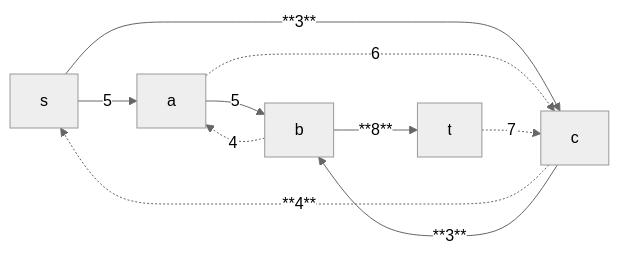
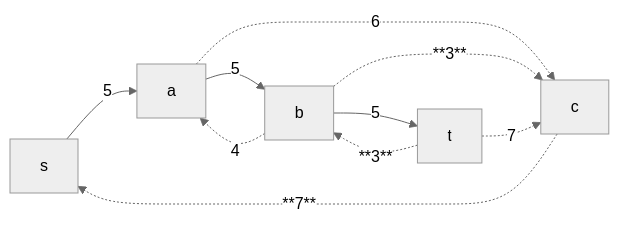
Before and after one commit to hse-algo-24-owl/manual-tasks-owl: the eighth of 13 diagrams in task-9/mikhailkrug.md, drawn with Mermaid (neutral theme). The commit also changed other lines of this file, not shown here.

````diff
--- a/task-9/mikhailkrug.md
+++ b/task-9/mikhailkrug.md
@@ -116,12 +116,12 @@
 ```mermaid
 graph LR
     s-->|5|a
-    c-.->|**4**|s
-    s-->|**3**|c
+    c-.->|**7**|s
     a-->|5|b
     a-.->|6|c
-    c-->|**3**|b
+    b-.->|**3**|c
     b-.->|4|a
-    b-->|**8**|t
+    b-->|5|t
+    t-.->|**3**|b
     t-.->|7|c
 ```
````
